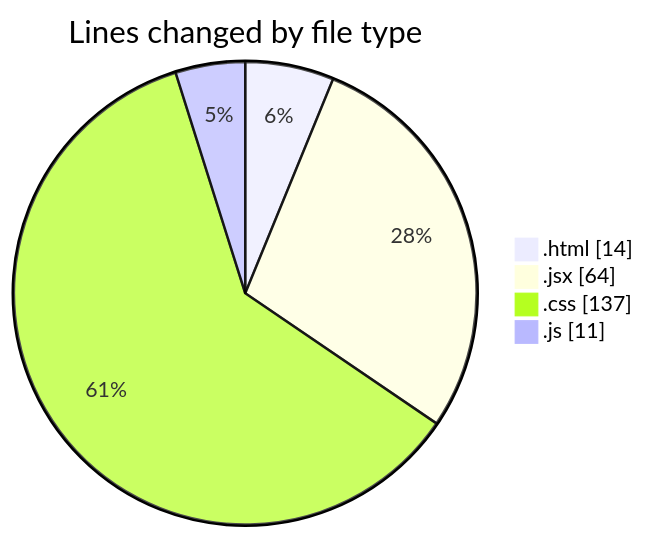
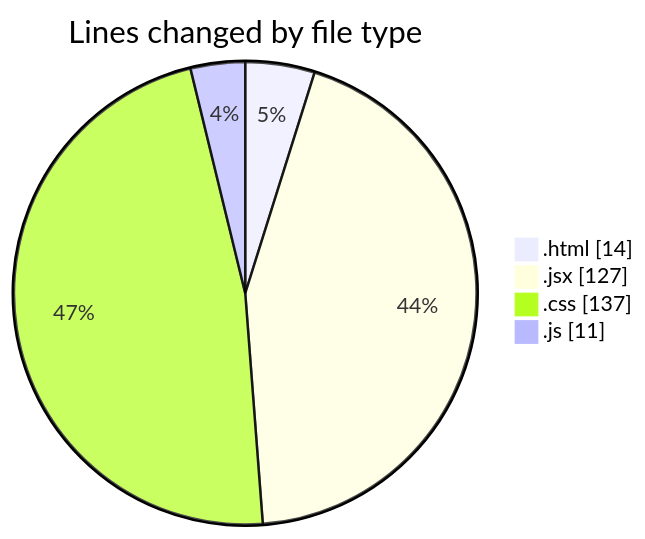
One commit to Elitesun/code-tracking changed the first of 2 diagrams in 2025-02-12/elitegpt/README.md. Above: the diagram before and after it, drawn with Mermaid. The commit also changed other lines of this file and 1 other file, not shown here.

````diff
--- a/2025-02-12/elitegpt/README.md
+++ b/2025-02-12/elitegpt/README.md
@@ -24,8 +25,8 @@
 ```mermaid
 pie showData
 title Lines changed by file type
 ".html" : 14
-".jsx" : 64
+".jsx" : 127
 ".css" : 137
 ".js" : 11
 ```
````
